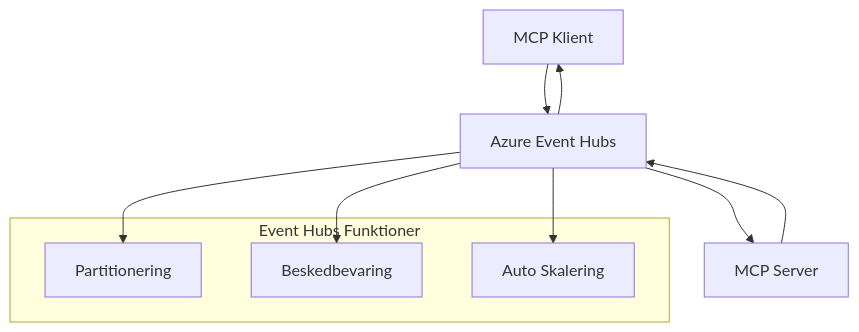
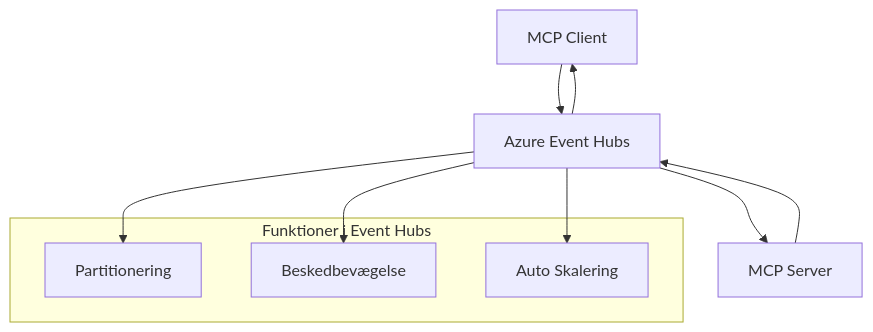
Before and after one commit to HIDORAKAI002/ai-workspace-archive: the second of 2 diagrams in mcp_ecosystem__model_context_protocol/mcp_learning_resources/mcp-for-beginners/translations/da/05-AdvancedTopics/mcp-transport/README.md, drawn with Mermaid. The commit also changed other lines of this file and 1539 other files, not shown here.

````diff
--- a/mcp_ecosystem__model_context_protocol/mcp_learning_resources/mcp-for-beginners/translations/da/05-AdvancedTopics/mcp-transport/README.md
+++ b/mcp_ecosystem__model_context_protocol/mcp_learning_resources/mcp-for-beginners/translations/da/05-AdvancedTopics/mcp-transport/README.md
@@ -269,17 +270,17 @@
 ```mermaid
 graph TB
-    Client[MCP Klient] --> EH[Azure Event Hubs]
+    Client[MCP Client] --> EH[Azure Event Hubs]
     EH --> Server[MCP Server]
     Server --> EH
     EH --> Client
     
-    subgraph "Event Hubs Funktioner"
+    subgraph "Funktioner i Event Hubs"
         Partition[Partitionering]
-        Retention[Beskedbevaring]
+        Retention[Beskedbevægelse]
         Scaling[Auto Skalering]
     end
     
     EH --> Partition
     EH --> Retention
     EH --> Scaling
 ```
````
